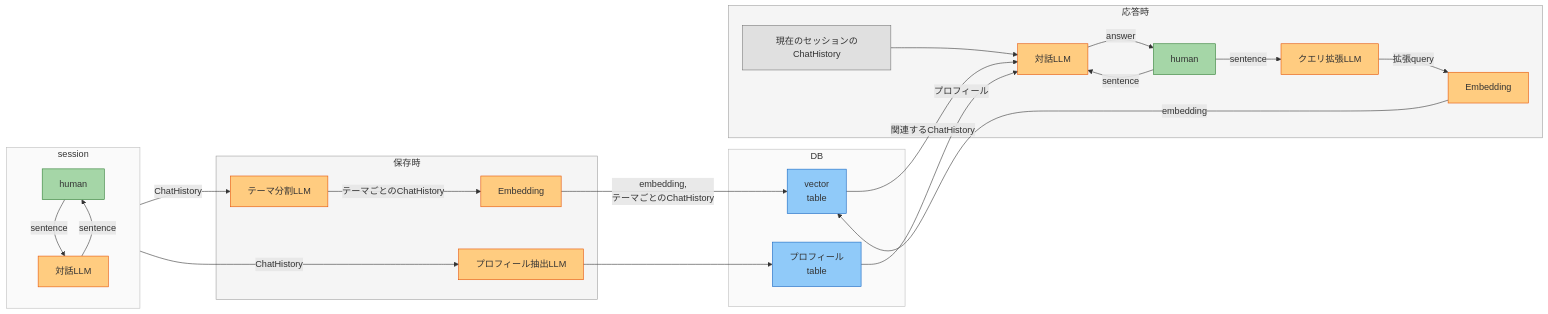
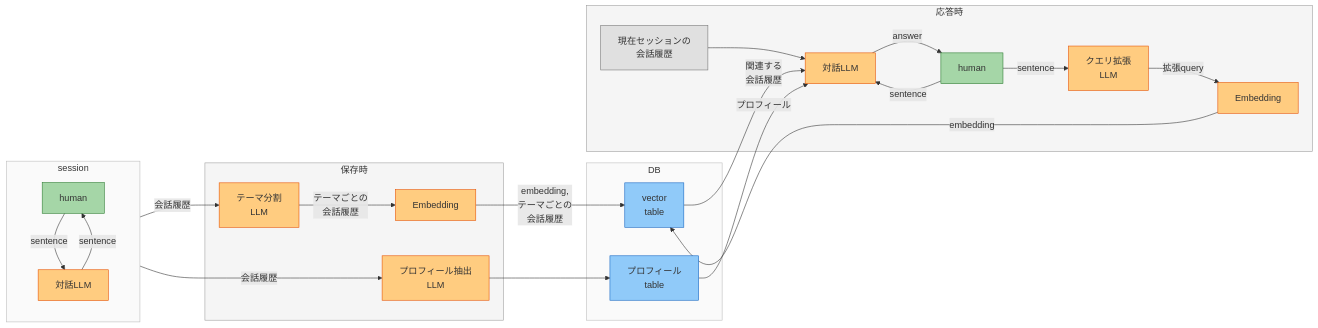
The diagram in fig/example1.md (birdwatcherYT/ai-talks7), drawn with Mermaid before and after one commit. The commit also changed 10 other files, not shown here.

````diff
--- a/fig/example1.md
+++ b/fig/example1.md
@@ -1,52 +1,52 @@
 ```mermaid
 graph LR
   subgraph session
     human1[human] --sentence--> 対話LLM1[対話LLM] --sentence--> human1
   end
 
   subgraph 保存時
-    テーマ分割LLM
-    プロフィール抽出LLM
-    テーマ分割LLM --テーマごとのChatHistory--> Embedding1[Embedding]
+    テーマ分割LLM["テーマ分割<br>LLM"]
+    プロフィール抽出LLM["プロフィール抽出<br>LLM"]
+    テーマ分割LLM --"テーマごとの<br>会話履歴"--> Embedding1[Embedding]
   end
 
-  session --ChatHistory--> テーマ分割LLM
-  session --ChatHistory--> プロフィール抽出LLM
+  session --会話履歴--> テーマ分割LLM
+  session --会話履歴--> プロフィール抽出LLM
 
   subgraph DB
     vectorDB["vector<br>table"]
     プロフィールDB["プロフィール<br>table"]
   end
 
   subgraph 応答時
     human2[human] --sentence--> 対話LLM2[対話LLM] --answer--> human2
-    現在のセッションのChatHistory --> 対話LLM2
-    human2 --sentence--> クエリ拡張LLM --拡張query--> Embedding2[Embedding]
+    current["現在セッションの<br>会話履歴"] --> 対話LLM2
+    human2 --sentence--> クエリ拡張LLM["クエリ拡張<br>LLM"] --拡張query--> Embedding2[Embedding]
   end
 
-  Embedding1 --"embedding,<br>テーマごとのChatHistory"--> vectorDB
+  Embedding1 --"embedding,<br>テーマごとの<br>会話履歴"--> vectorDB
   プロフィール抽出LLM --> プロフィールDB
-  Embedding2 --embedding--> vectorDB --関連するChatHistory--> 対話LLM2
+  Embedding2 --embedding--> vectorDB --"関連する<br>会話履歴"--> 対話LLM2
   プロフィールDB --プロフィール--> 対話LLM2
 
   style session fill:#fafafa,stroke:#bdbdbd
   style 保存時 fill:#f5f5f5,stroke:#9e9e9e
   style DB fill:#fafafa,stroke:#bdbdbd
   style 応答時 fill:#f5f5f5,stroke:#9e9e9e
 
   style human1 fill:#a5d6a7,stroke:#2e7d32
   style human2 fill:#a5d6a7,stroke:#2e7d32
 
   style 対話LLM1 fill:#ffcc80,stroke:#e65100
   style 対話LLM2 fill:#ffcc80,stroke:#e65100
   style テーマ分割LLM fill:#ffcc80,stroke:#e65100
   style プロフィール抽出LLM fill:#ffcc80,stroke:#e65100
   style Embedding1 fill:#ffcc80,stroke:#e65100
   style Embedding2 fill:#ffcc80,stroke:#e65100
   style クエリ拡張LLM fill:#ffcc80,stroke:#e65100
 
   style vectorDB fill:#90caf9,stroke:#1565c0
   style プロフィールDB fill:#90caf9,stroke:#1565c0
 
-  style 現在のセッションのChatHistory fill:#e0e0e0,stroke:#757575
+  style current fill:#e0e0e0,stroke:#757575
 ```
````
